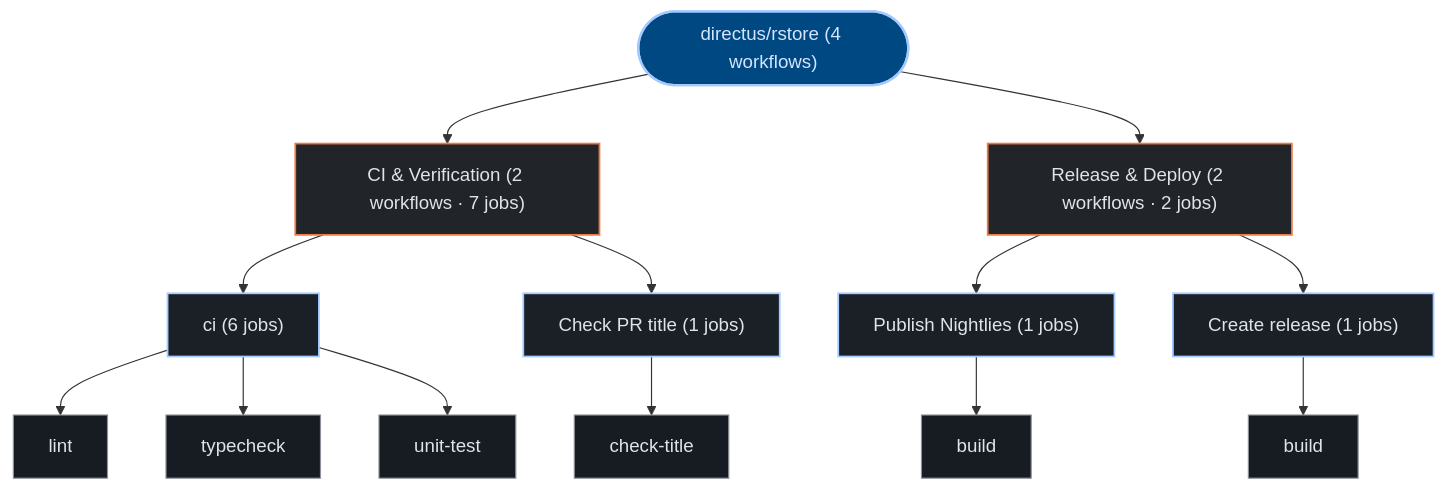
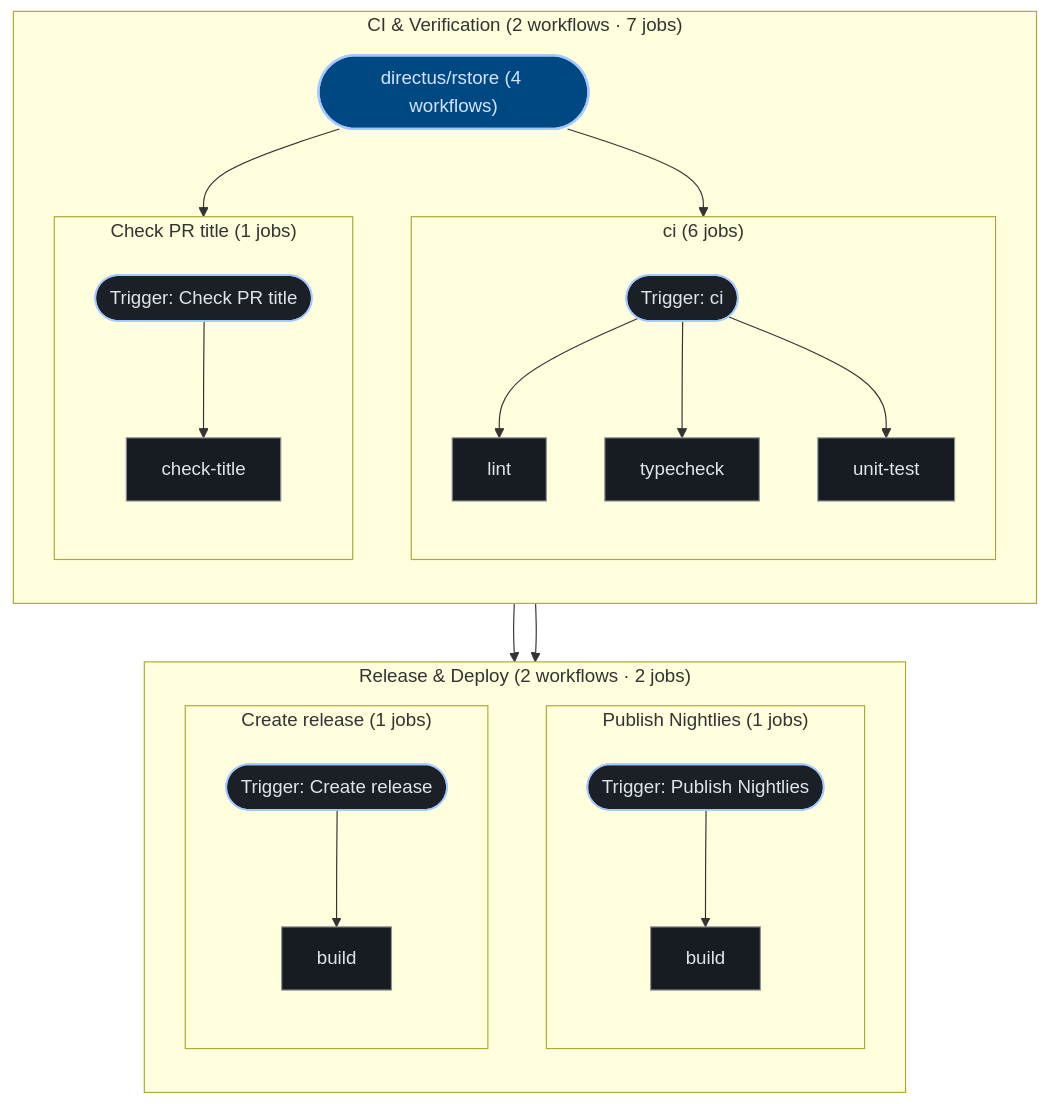
One commit to kumarshaz/atruss-code-atlas changed the third of 3 diagrams in exports/latest/reports/directus-rstore-report.md. Above: the diagram before and after it, drawn with Mermaid. The commit also changed 181 other files, not shown here.

````diff
--- a/exports/latest/reports/directus-rstore-report.md
+++ b/exports/latest/reports/directus-rstore-report.md
@@ -217,35 +217,49 @@
 ```mermaid
 graph TD;
   classDef atlasRoot fill:#004882,stroke:#a3c9ff,stroke-width:2px,color:#d3e4ff
   classDef atlasCategory fill:#212428,stroke:#E87A48,stroke-width:1.5px,color:#dfe3eb
   classDef atlasWorkflow fill:#1b2026,stroke:#a3c9ff,stroke-width:1.5px,color:#dfe3eb
   classDef atlasJob fill:#171c22,stroke:#8d9199,stroke-width:1px,color:#dfe3eb
   classDef atlasTarget fill:#005227,stroke:#8bd99b,stroke-width:1.5px,color:#a7f6b6
   classDef atlasAlert fill:#93000a,stroke:#ffb4ab,stroke-width:1.5px,color:#ffdad6
   classDef atlasMore fill:#252a31,stroke:#8d9199,stroke-dasharray:4 4,color:#c3c6cf
   pipeline_root(["directus/rstore (4 workflows)"]):::atlasRoot
-  grp_0_CI___Verification["CI & Verification (2 workflows · 7 jobs)"]:::atlasCategory
-  pipeline_root --> grp_0_CI___Verification
-  wf_0_ci["ci (6 jobs)"]:::atlasWorkflow
-  grp_0_CI___Verification --> wf_0_ci
-  job_0_lint["lint"]:::atlasJob
-  job_0_typecheck["typecheck"]:::atlasJob
-  job_0_unit_test["unit-test"]:::atlasJob
-  wf_0_ci --> job_0_lint
-  wf_0_ci --> job_0_typecheck
-  wf_0_ci --> job_0_unit_test
-  wf_2_Check_PR_title["Check PR title (1 jobs)"]:::atlasWorkflow
-  grp_0_CI___Verification --> wf_2_Check_PR_title
-  job_2_check_title["check-title"]:::atlasJob
-  wf_2_Check_PR_title --> job_2_check_title
-  grp_1_Release___Deploy["Release & Deploy (2 workflows · 2 jobs)"]:::atlasCategory
-  pipeline_root --> grp_1_Release___Deploy
-  wf_1_Publish_Nightlies["Publish Nightlies (1 jobs)"]:::atlasWorkflow
-  grp_1_Release___Deploy --> wf_1_Publish_Nightlies
-  job_1_build["build"]:::atlasJob
-  wf_1_Publish_Nightlies --> job_1_build
-  wf_3_Create_release["Create release (1 jobs)"]:::atlasWorkflow
-  grp_1_Release___Deploy --> wf_3_Create_release
-  job_3_build["build"]:::atlasJob
-  wf_3_Create_release --> job_3_build
+  subgraph sg_grp_0_CI___Verification["CI & Verification (2 workflows · 7 jobs)"]
+    direction TB
+    subgraph sg_wf_0_ci["ci (6 jobs)"]
+      direction TB
+      wf_0_ci(["Trigger: ci"]):::atlasWorkflow
+      job_0_lint["lint"]:::atlasJob
+      job_0_typecheck["typecheck"]:::atlasJob
+      job_0_unit_test["unit-test"]:::atlasJob
+      wf_0_ci --> job_0_lint
+      wf_0_ci --> job_0_typecheck
+      wf_0_ci --> job_0_unit_test
+    end
+    pipeline_root --> wf_0_ci
+    subgraph sg_wf_2_Check_PR_title["Check PR title (1 jobs)"]
+      direction TB
+      wf_2_Check_PR_title(["Trigger: Check PR title"]):::atlasWorkflow
+      job_2_check_title["check-title"]:::atlasJob
+      wf_2_Check_PR_title --> job_2_check_title
+    end
+    pipeline_root --> wf_2_Check_PR_title
+  end
+  subgraph sg_grp_1_Release___Deploy["Release & Deploy (2 workflows · 2 jobs)"]
+    direction TB
+    subgraph sg_wf_1_Publish_Nightlies["Publish Nightlies (1 jobs)"]
+      direction TB
+      wf_1_Publish_Nightlies(["Trigger: Publish Nightlies"]):::atlasWorkflow
+      job_1_build["build"]:::atlasJob
+      wf_1_Publish_Nightlies --> job_1_build
+    end
+    pipeline_root --> wf_1_Publish_Nightlies
+    subgraph sg_wf_3_Create_release["Create release (1 jobs)"]
+      direction TB
+      wf_3_Create_release(["Trigger: Create release"]):::atlasWorkflow
+      job_3_build["build"]:::atlasJob
+      wf_3_Create_release --> job_3_build
+    end
+    pipeline_root --> wf_3_Create_release
+  end
 ```
````
